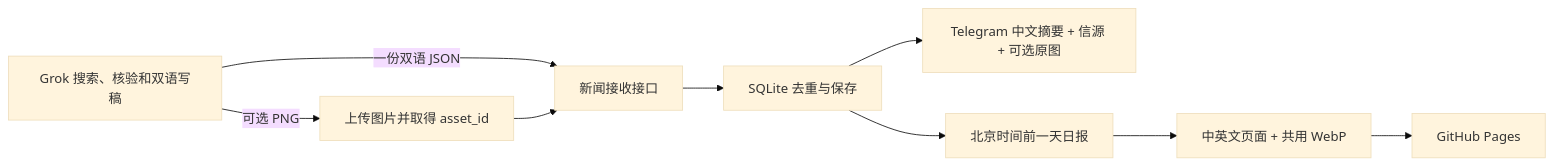
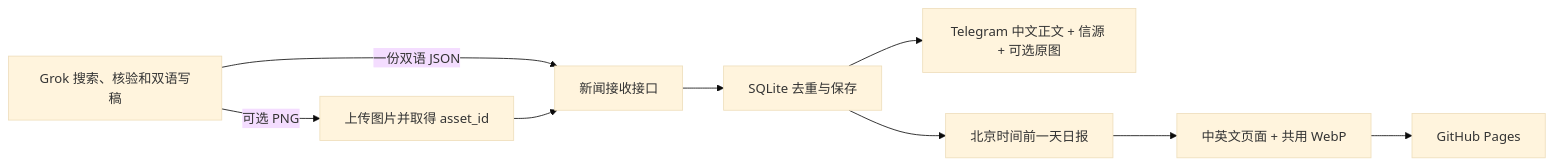
One commit to wyh0626/ai-news-agent changed the diagram in docs/grok-integration.zh.md. Above: the diagram before and after it, drawn with Mermaid (base theme). The commit also changed other lines of this file and 6 other files, not shown here.

````diff
--- a/docs/grok-integration.zh.md
+++ b/docs/grok-integration.zh.md
@@ -5,11 +5,11 @@
 ```mermaid
 flowchart LR
   G[Grok 搜索、核验和双语写稿] -->|可选 PNG| A[上传图片并取得 asset_id]
   G -->|一份双语 JSON| N[新闻接收接口]
   A --> N
   N --> D[SQLite 去重与保存]
-  D --> T[Telegram 中文摘要 + 信源 + 可选原图]
+  D --> T[Telegram 中文正文 + 信源 + 可选原图]
   D --> Y[北京时间前一天日报]
   Y --> W[中英文页面 + 共用 WebP]
   W --> P[GitHub Pages]
 ```
````
